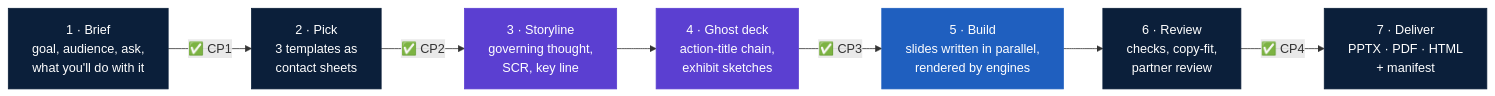
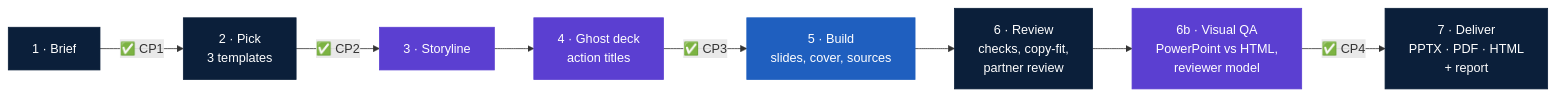
The diagram in README.md (eiler2005/slidecraft), drawn with Mermaid before and after one commit. The commit also changed other lines of this file and 148 other files, not shown here.

First line of the commit message:
feat: cover visuals, deck language and sources in notes; FDE example in EN and RU

````diff
--- a/README.md
+++ b/README.md
@@ -72,13 +89,14 @@
 ```mermaid
 flowchart LR
-  B["1 · Brief<br/>goal, audience, ask,<br/>what you'll do with it"] -->|✅ CP1| P["2 · Pick<br/>3 templates as<br/>contact sheets"]
-  P -->|✅ CP2| S["3 · Storyline<br/>governing thought,<br/>SCR, key line"]
-  S --> G["4 · Ghost deck<br/>action-title chain,<br/>exhibit sketches"]
-  G -->|✅ CP3| W["5 · Build<br/>slides written in parallel,<br/>rendered by engines"]
+  B["1 · Brief"] -->|✅ CP1| P["2 · Pick<br/>3 templates"]
+  P -->|✅ CP2| S["3 · Storyline"]
+  S --> G["4 · Ghost deck<br/>action titles"]
+  G -->|✅ CP3| W["5 · Build<br/>slides, cover, sources"]
   W --> R["6 · Review<br/>checks, copy-fit,<br/>partner review"]
-  R -->|✅ CP4| D["7 · Deliver<br/>PPTX · PDF · HTML<br/>+ manifest"]
+  R --> V["6b · Visual QA<br/>PowerPoint vs HTML,<br/>reviewer model"]
+  V -->|✅ CP4| D["7 · Deliver<br/>PPTX · PDF · HTML<br/>+ report"]
   classDef opus fill:#5B3FD1,color:#fff,stroke:#5B3FD1;
   classDef sonnet fill:#1F5FBF,color:#fff,stroke:#1F5FBF;
   classDef main fill:#0B1F3A,color:#fff,stroke:#0B1F3A;
-  class S,G opus; class W sonnet; class B,P,D,R main;
+  class S,G,V opus; class W sonnet; class B,P,D,R main;
 ```
````
